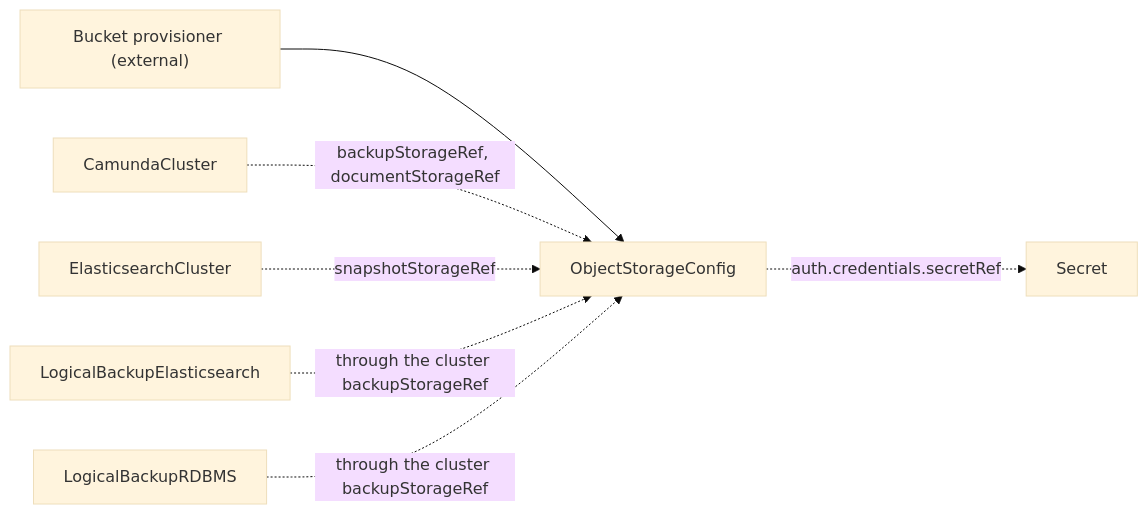
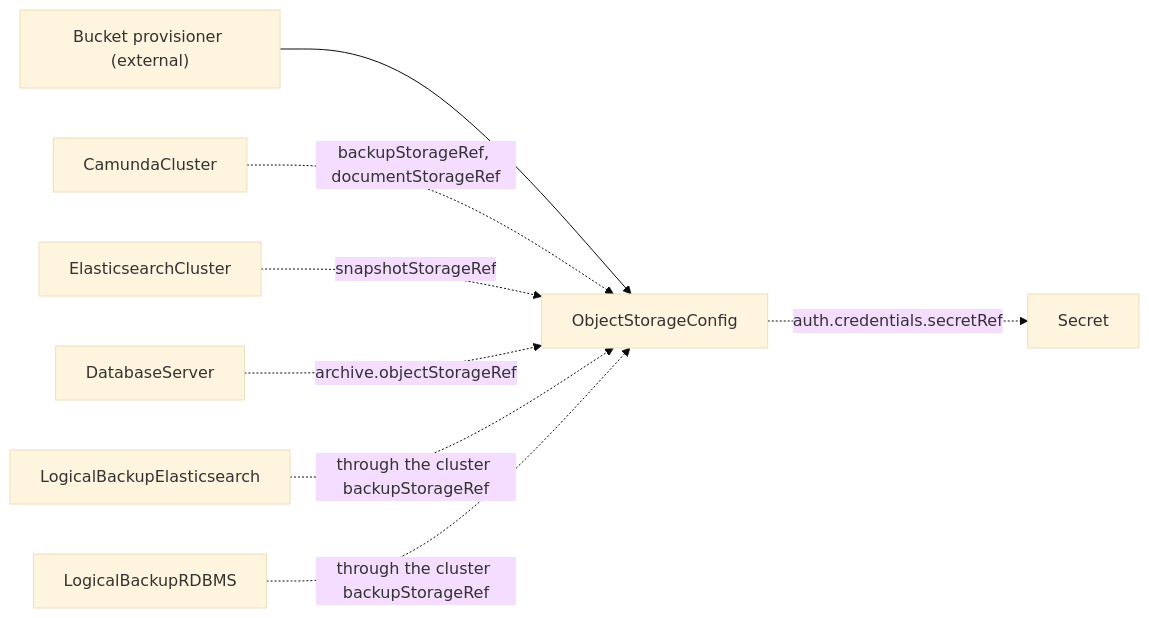
One commit to konsole-is/camunda-operator changed the diagram in docs/crds/objectstorageconfig.md. Above: the diagram before and after it, drawn with Mermaid (base theme). The commit also changed other lines of this file and 36 other files, not shown here.

````diff
--- a/docs/crds/objectstorageconfig.md
+++ b/docs/crds/objectstorageconfig.md
@@ -35,9 +35,10 @@
 ```mermaid
 graph LR
     EXT["Bucket provisioner (external)"] --> OSC[ObjectStorageConfig]
     OSC -.->|auth.credentials.secretRef| SEC[Secret]
     CC[CamundaCluster] -.->|backupStorageRef, documentStorageRef| OSC
     EC[ElasticsearchCluster] -.->|snapshotStorageRef| OSC
+    DBS[DatabaseServer] -.->|archive.objectStorageRef| OSC
     LBE[LogicalBackupElasticsearch] -.->|through the cluster backupStorageRef| OSC
     LBR[LogicalBackupRDBMS] -.->|through the cluster backupStorageRef| OSC
 ```
````
